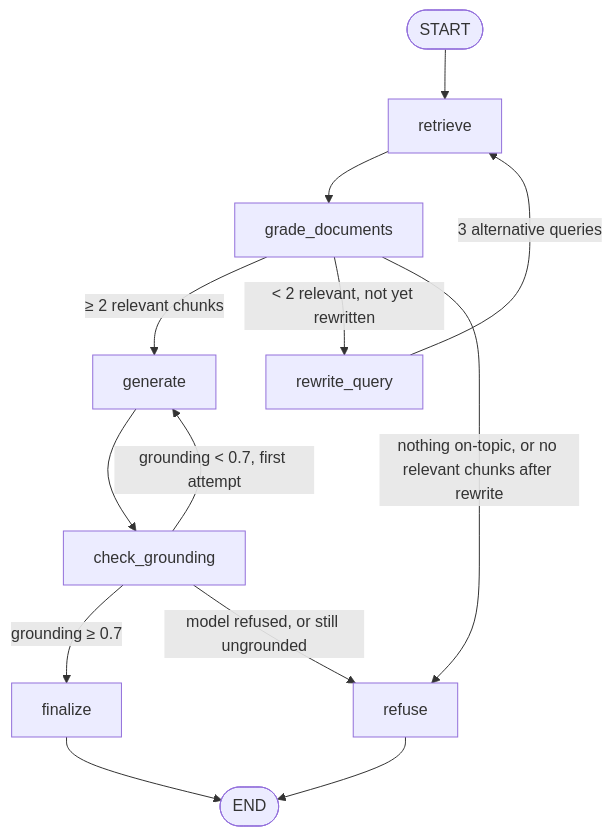
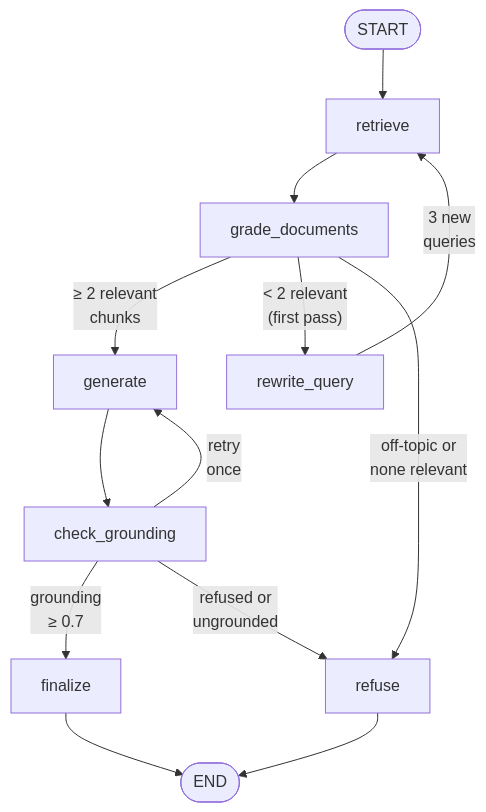
One commit to AGSGreeshma/rag-agentic-ai changed the diagram in README.md. Above: the diagram before and after it, drawn with Mermaid.

Commit message:
Update flowchart formatting in README.md

````diff
--- a/README.md
+++ b/README.md
@@ -33,15 +33,15 @@
 ```mermaid
 flowchart TD
     S([START]) --> R[retrieve]
     R --> G[grade_documents]
-    G -- "≥ 2 relevant chunks" --> GEN[generate]
-    G -- "< 2 relevant, not yet rewritten" --> RW[rewrite_query]
-    RW -- "3 alternative queries" --> R
-    G -- "nothing on-topic, or no relevant chunks after rewrite" --> REF[refuse]
+    G -- "≥ 2 relevant<br/>chunks" --> GEN[generate]
+    G -- "< 2 relevant<br/>(first pass)" --> RW[rewrite_query]
+    RW -- "3 new<br/>queries" --> R
+    G -- "off-topic or<br/>none relevant" --> REF[refuse]
     GEN --> CG[check_grounding]
-    CG -- "grounding ≥ 0.7" --> F[finalize]
-    CG -- "grounding < 0.7, first attempt" --> GEN
-    CG -- "model refused, or still ungrounded" --> REF
+    CG -- "grounding<br/>≥ 0.7" --> F[finalize]
+    CG -- "retry<br/>once" --> GEN
+    CG -- "refused or<br/>ungrounded" --> REF
     F --> E([END])
     REF --> E
 ```
````
